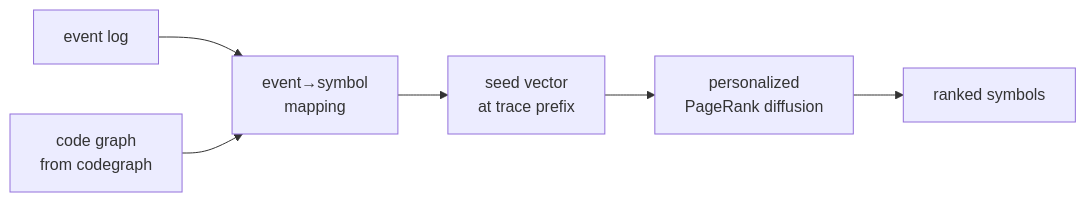
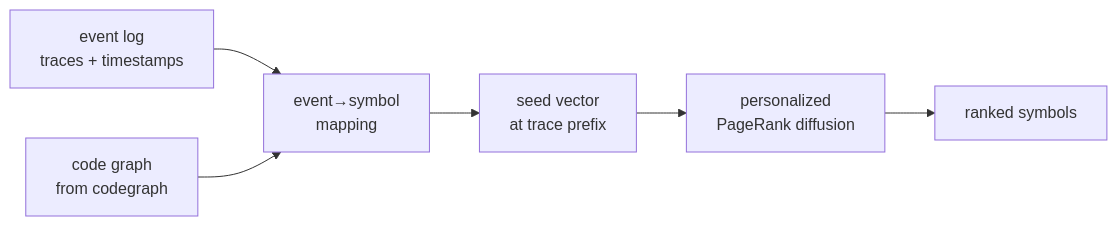
Before and after one commit to erphq/pm-rag: the diagram in README.md, drawn with Mermaid. The commit also changed other lines of this file, not shown here.

Commit message:
docs: expand README — embedding-RAG problem, math, mapping strategies, comparison, when not to use, FAQ

````diff
--- a/README.md
+++ b/README.md
@@ -45,8 +50,8 @@
 ```mermaid
 flowchart LR
-  log[event log] --> M[event→symbol<br/>mapping]
+  log[event log<br/>traces + timestamps] --> M[event→symbol<br/>mapping]
   ast[code graph<br/>from codegraph] --> M
   M --> S[seed vector<br/>at trace prefix]
   S --> D[personalized<br/>PageRank diffusion]
   D --> rank[ranked symbols]
 ```
````
